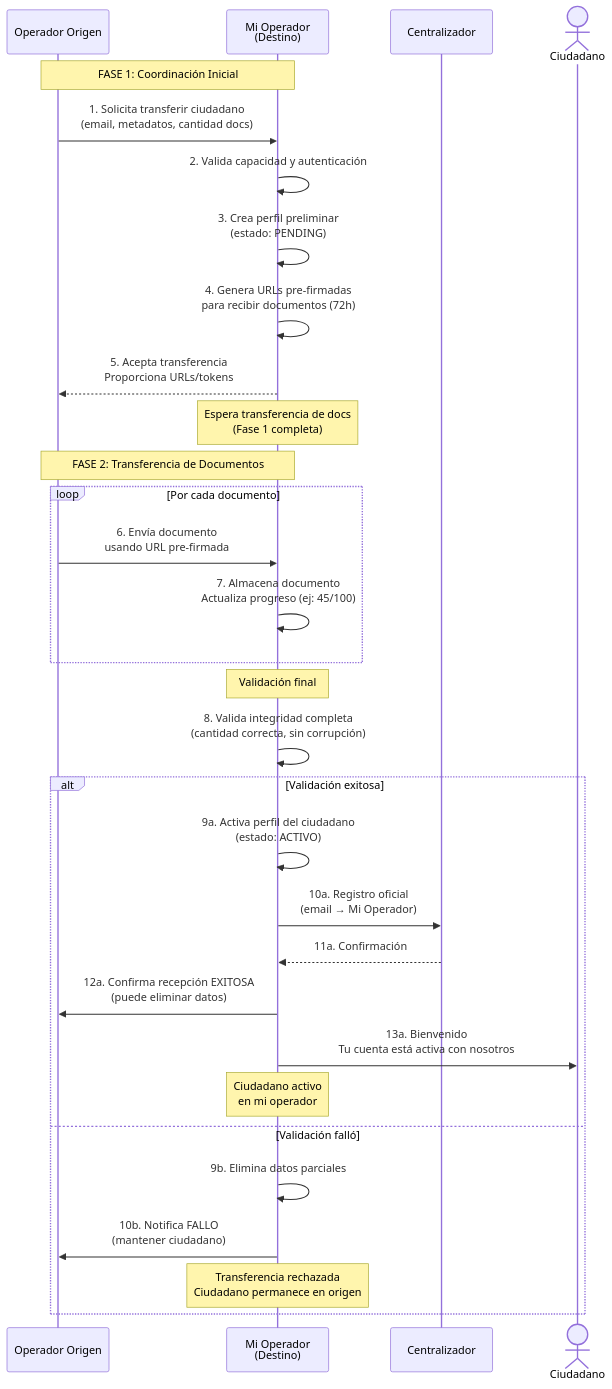
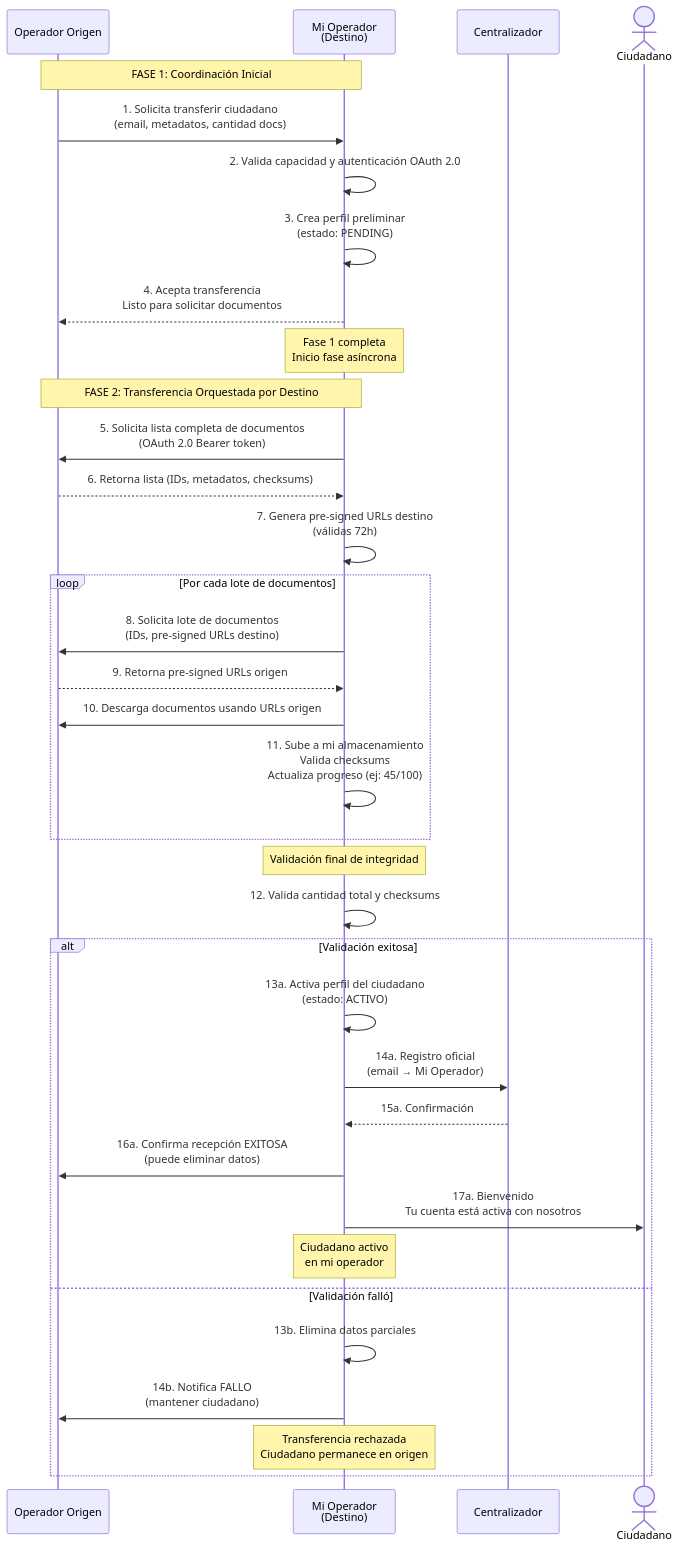
Before and after one commit to edwaraco/carpetaCiudadana: the tenth of 10 diagrams in docs/c4_diagrams.md, drawn with Mermaid. The commit also changed other lines of this file, not shown here.

Commit message:
feat(architecture): Update Sequence diagramas for transfering a citizien

````diff
--- a/docs/c4_diagrams.md
+++ b/docs/c4_diagrams.md
@@ -604,53 +616,60 @@
 ```mermaid
 sequenceDiagram
     participant OPA as Operador Origen
     participant OPB as Mi Operador<br/>(Destino)
     participant CENT as Centralizador
     actor C as Ciudadano
 
     Note over OPA,OPB: FASE 1: Coordinación Inicial
 
     OPA->>OPB: 1. Solicita transferir ciudadano<br/>(email, metadatos, cantidad docs)
 
-    OPB->>OPB: 2. Valida capacidad y autenticación
+    OPB->>OPB: 2. Valida capacidad y autenticación OAuth 2.0
 
     OPB->>OPB: 3. Crea perfil preliminar<br/>(estado: PENDING)
 
-    OPB->>OPB: 4. Genera URLs pre-firmadas<br/>para recibir documentos (72h)
+    OPB-->>OPA: 4. Acepta transferencia<br/>Listo para solicitar documentos
 
-    OPB-->>OPA: 5. Acepta transferencia<br/>Proporciona URLs/tokens
+    Note over OPB: Fase 1 completa<br/>Inicio fase asíncrona
 
-    Note over OPB: Espera transferencia de docs<br/>(Fase 1 completa)
+    Note over OPA,OPB: FASE 2: Transferencia Orquestada por Destino
 
-    Note over OPA,OPB: FASE 2: Transferencia de Documentos
+    OPB->>OPA: 5. Solicita lista completa de documentos<br/>(OAuth 2.0 Bearer token)
+    OPA-->>OPB: 6. Retorna lista (IDs, metadatos, checksums)
 
-    loop Por cada documento
-        OPA->>OPB: 6. Envía documento<br/>usando URL pre-firmada
+    OPB->>OPB: 7. Genera pre-signed URLs destino<br/>(válidas 72h)
 
-        OPB->>OPB: 7. Almacena documento<br/>Actualiza progreso (ej: 45/100)
+    loop Por cada lote de documentos
+        OPB->>OPA: 8. Solicita lote de documentos<br/>(IDs, pre-signed URLs destino)
+
+        OPA-->>OPB: 9. Retorna pre-signed URLs origen
+
+        OPB->>OPA: 10. Descarga documentos usando URLs origen
+
+        OPB->>OPB: 11. Sube a mi almacenamiento<br/>Valida checksums<br/>Actualiza progreso (ej: 45/100)
     end
 
-    Note over OPB: Validación final
+    Note over OPB: Validación final de integridad
 
-    OPB->>OPB: 8. Valida integridad completa<br/>(cantidad correcta, sin corrupción)
+    OPB->>OPB: 12. Valida cantidad total y checksums
 
     alt Validación exitosa
-        OPB->>OPB: 9a. Activa perfil del ciudadano<br/>(estado: ACTIVO)
+        OPB->>OPB: 13a. Activa perfil del ciudadano<br/>(estado: ACTIVO)
 
-        OPB->>CENT: 10a. Registro oficial<br/>(email → Mi Operador)
-        CENT-->>OPB: 11a. Confirmación
+        OPB->>CENT: 14a. Registro oficial<br/>(email → Mi Operador)
+        CENT-->>OPB: 15a. Confirmación
 
-        OPB->>OPA: 12a. Confirma recepción EXITOSA<br/>(puede eliminar datos)
+        OPB->>OPA: 16a. Confirma recepción EXITOSA<br/>(puede eliminar datos)
 
-        OPB->>C: 13a. Bienvenido<br/>Tu cuenta está activa con nosotros
+        OPB->>C: 17a. Bienvenido<br/>Tu cuenta está activa con nosotros
 
         Note over OPB: Ciudadano activo<br/>en mi operador
 
     else Validación falló
-        OPB->>OPB: 9b. Elimina datos parciales
+        OPB->>OPB: 13b. Elimina datos parciales
 
-        OPB->>OPA: 10b. Notifica FALLO<br/>(mantener ciudadano)
+        OPB->>OPA: 14b. Notifica FALLO<br/>(mantener ciudadano)
 
         Note over OPB: Transferencia rechazada<br/>Ciudadano permanece en origen
     end
 ```
````
